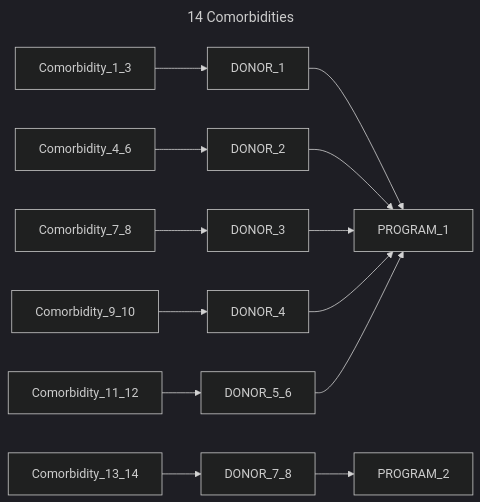
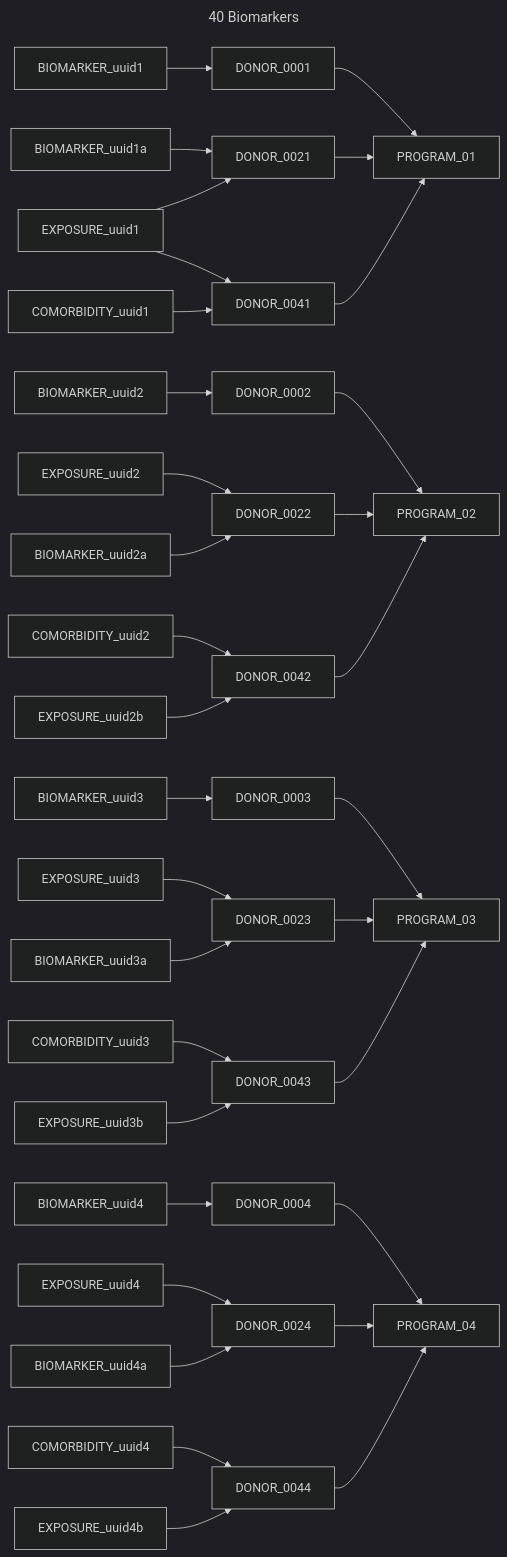
The fourth of 4 diagrams in chord_metadata_service/mohpackets/data/small_dataset/README.md (CanDIG/katsu), drawn with Mermaid (dark theme) before and after one commit. The commit also changed other lines of this file, not shown here.

Commit message:
reduce graphs

````diff
--- a/chord_metadata_service/mohpackets/data/small_dataset/README.md
+++ b/chord_metadata_service/mohpackets/data/small_dataset/README.md
@@ -261,12 +135,26 @@
 ```mermaid
 ---
-title: 14 Comorbidities
+title: 40 Biomarkers
 ---
 graph LR;  
-  Comorbidity_1_3 --> DONOR_1 --> PROGRAM_1;  
-  Comorbidity_4_6 --> DONOR_2 --> PROGRAM_1;  
-  Comorbidity_7_8 --> DONOR_3 --> PROGRAM_1;  
-  Comorbidity_9_10 --> DONOR_4 --> PROGRAM_1;  
-  Comorbidity_11_12 --> DONOR_5_6 --> PROGRAM_1;  
-  Comorbidity_13_14 --> DONOR_7_8 --> PROGRAM_2;
+  BIOMARKER_uuid1 --> DONOR_0001 --> PROGRAM_01; 
+  EXPOSURE_uuid1 --> DONOR_0021 --> PROGRAM_01;  
+  BIOMARKER_uuid1a --> DONOR_0021;
+  COMORBIDITY_uuid1 --> DONOR_0041 --> PROGRAM_01;
+  EXPOSURE_uuid1 --> DONOR_0041;
+  BIOMARKER_uuid2 --> DONOR_0002 --> PROGRAM_02;  
+  EXPOSURE_uuid2 --> DONOR_0022 --> PROGRAM_02;
+  BIOMARKER_uuid2a --> DONOR_0022;
+  COMORBIDITY_uuid2 --> DONOR_0042 --> PROGRAM_02;
+  EXPOSURE_uuid2b --> DONOR_0042;
+  BIOMARKER_uuid3 --> DONOR_0003 --> PROGRAM_03;
+  EXPOSURE_uuid3 --> DONOR_0023 --> PROGRAM_03;
+  BIOMARKER_uuid3a --> DONOR_0023;
+  COMORBIDITY_uuid3 --> DONOR_0043 --> PROGRAM_03;  
+  EXPOSURE_uuid3b --> DONOR_0043;
+  BIOMARKER_uuid4 --> DONOR_0004 --> PROGRAM_04;
+  EXPOSURE_uuid4 --> DONOR_0024 --> PROGRAM_04;
+  BIOMARKER_uuid4a --> DONOR_0024;
+  COMORBIDITY_uuid4 --> DONOR_0044 --> PROGRAM_04;
+  EXPOSURE_uuid4b --> DONOR_0044;
 ```
````
